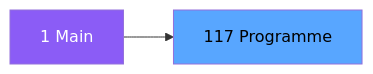
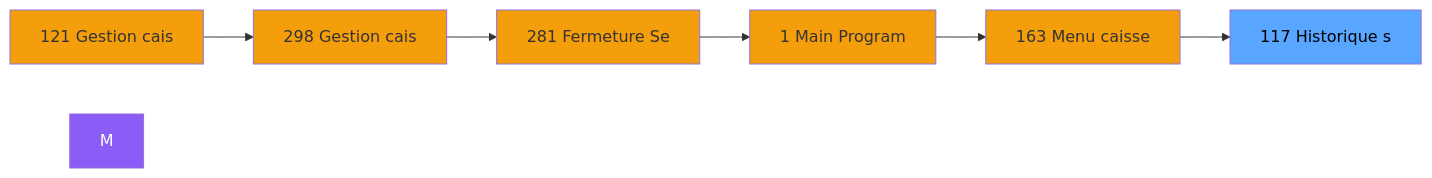
Before and after one commit to thonyAGP/magic-migration: the second of 3 diagrams in .openspec/specs/ADH-IDE-117.md, drawn with Mermaid. The commit also changed other lines of this file and 323 other files, not shown here.

````diff
--- a/.openspec/specs/ADH-IDE-117.md
+++ b/.openspec/specs/ADH-IDE-117.md
@@ -100,8 +107,21 @@
 ```mermaid
 graph LR
-    M[1 Main]
-    T[117 Programme]
-    M --> T
+    N121[121 Gestion cais]
+    N298[298 Gestion cais]
+    N281[281 Fermeture Se]
+    N1[1 Main Program]
+    N163[163 Menu caisse ]
+    T[117 Historique s]
+    N121 --> N298
+    N298 --> N281
+    N281 --> N1
+    N1 --> N163
+    N163 --> T
     style M fill:#8b5cf6,color:#fff
+    style N121 fill:#f59e0b
+    style N298 fill:#f59e0b
+    style N281 fill:#f59e0b
+    style N1 fill:#f59e0b
+    style N163 fill:#f59e0b
     style T fill:#58a6ff,color:#000
 ```
````
